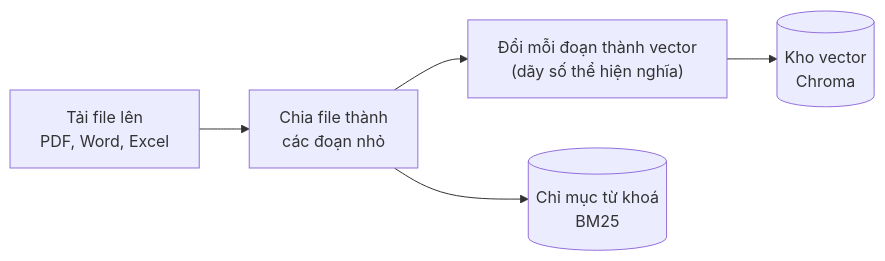
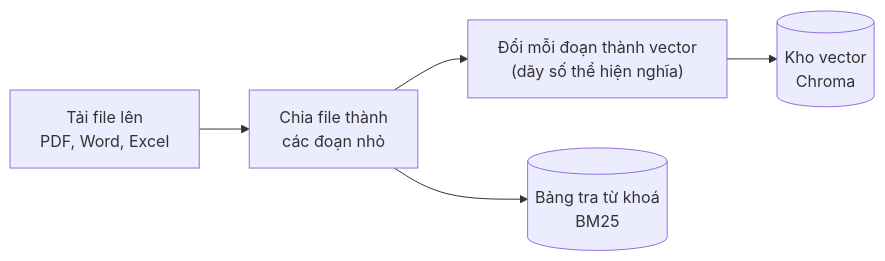
One commit to manhctd20/ragdesk changed the first of 2 diagrams in README.md. Above: the diagram before and after it, drawn with Mermaid. The commit also changed other lines of this file, not shown here.

Commit message:
docs: plain-language pass over README and flow diagrams

````diff
--- a/README.md
+++ b/README.md
@@ -28,7 +28,7 @@
 ```mermaid
 flowchart LR
   U["Tải file lên<br>PDF, Word, Excel"] --> R["Chia file thành<br>các đoạn nhỏ"]
   R --> E["Đổi mỗi đoạn thành vector<br>(dãy số thể hiện nghĩa)"]
   E --> DB[("Kho vector<br>Chroma")]
-  R --> K[("Chỉ mục từ khoá<br>BM25")]
+  R --> K[("Bảng tra từ khoá<br>BM25")]
 ```
````
